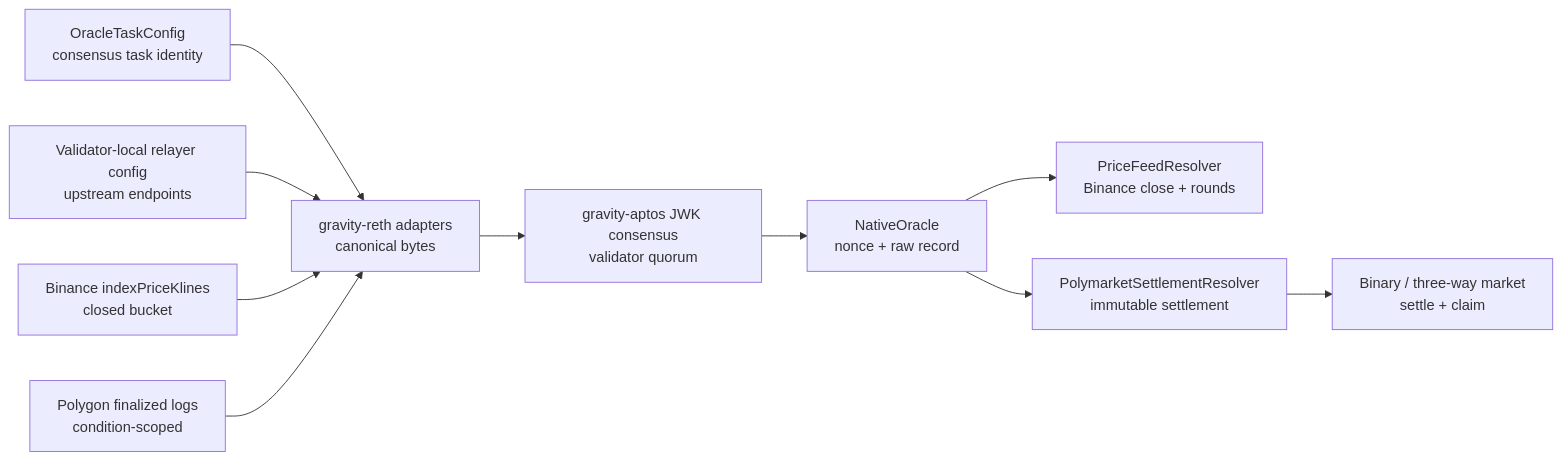
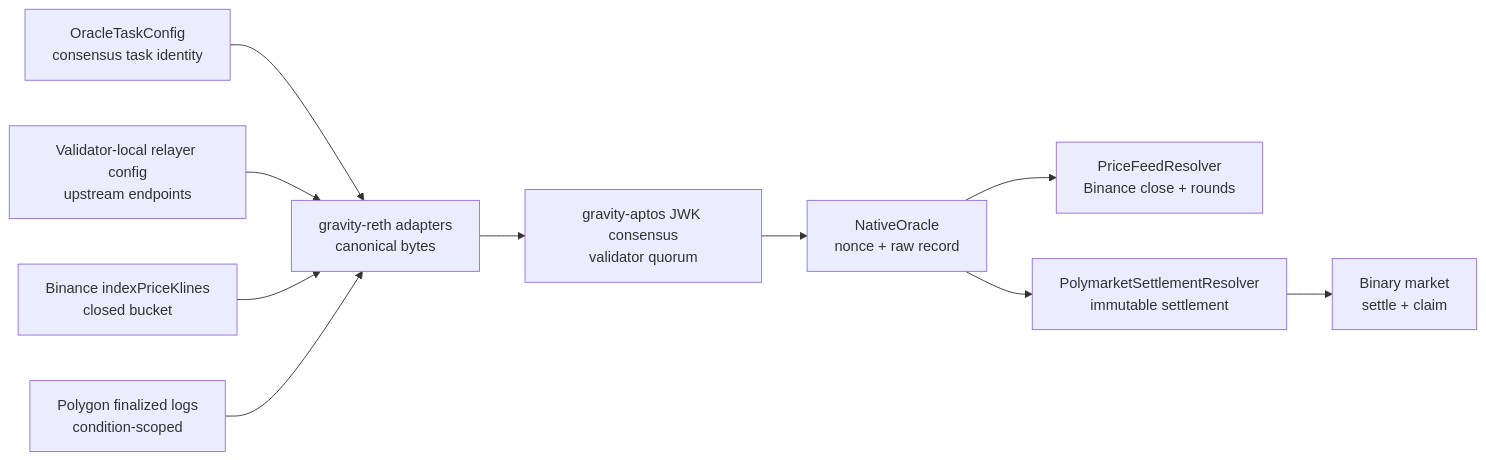
The diagram in docs/oracle_production_readiness.md (Galxe/gravity_chain_core_contracts), drawn with Mermaid before and after one commit. The commit also changed 12 other files, not shown here.

````diff
--- a/docs/oracle_production_readiness.md
+++ b/docs/oracle_production_readiness.md
@@ -8,21 +8,21 @@
 ```mermaid
 flowchart LR
     Config["OracleTaskConfig\nconsensus task identity"]
     Local["Validator-local relayer config\nupstream endpoints"]
     Binance["Binance indexPriceKlines\nclosed bucket"]
     Polygon["Polygon finalized logs\ncondition-scoped"]
     Relayer["gravity-reth adapters\ncanonical bytes"]
     JWK["gravity-aptos JWK consensus\nvalidator quorum"]
     Native["NativeOracle\nnonce + raw record"]
     Price["PriceFeedResolver\nBinance close + rounds"]
     Poly["PolymarketSettlementResolver\nimmutable settlement"]
-    Market["Binary / three-way market\nsettle + claim"]
+    Market["Binary market\nsettle + claim"]
 
     Config --> Relayer
     Local --> Relayer
     Binance --> Relayer
     Polygon --> Relayer
     Relayer --> JWK --> Native
     Native --> Price
     Native --> Poly --> Market
 ```
````
